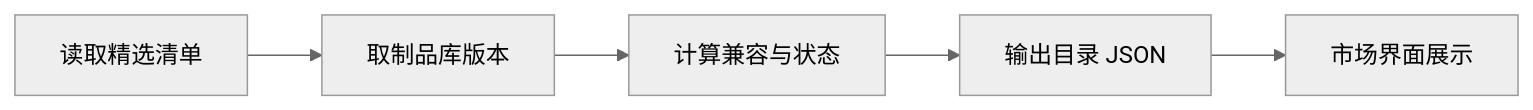
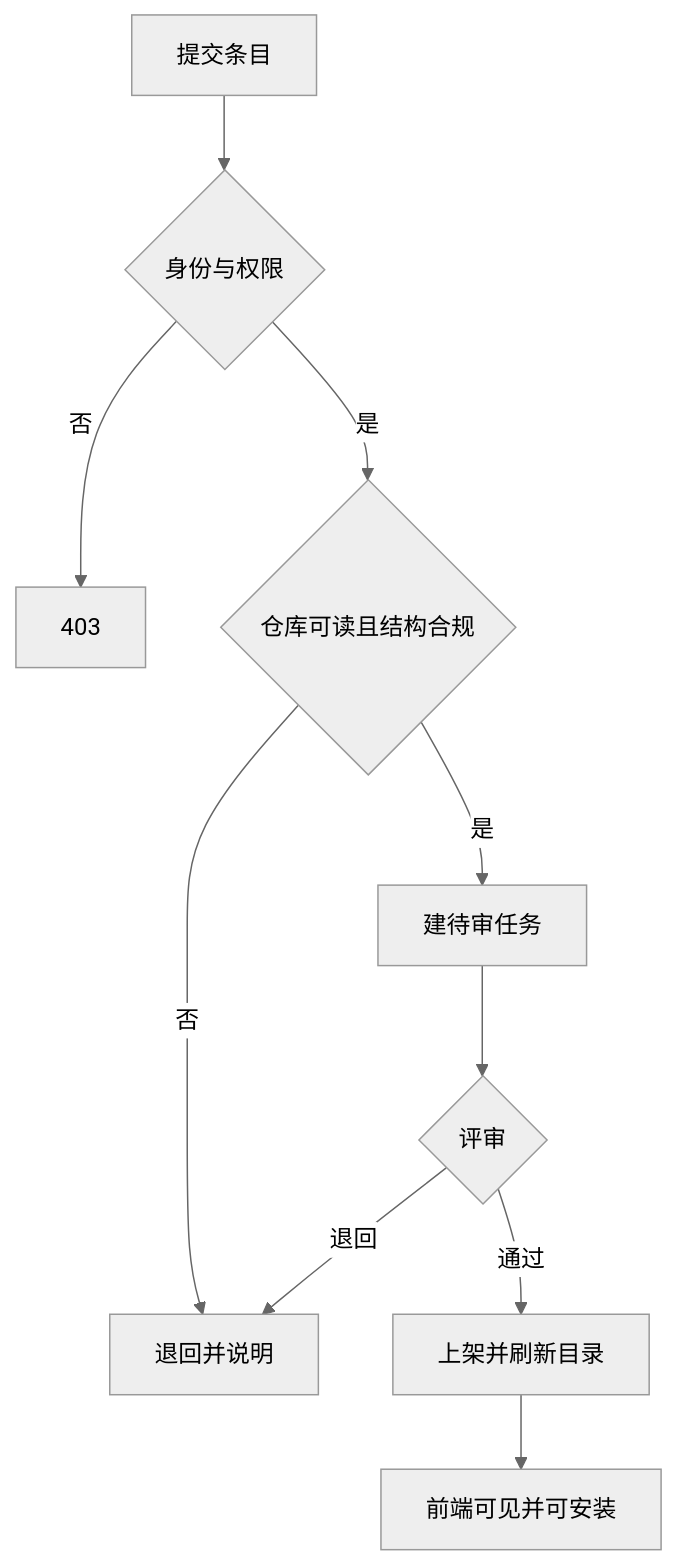
The diagram in docs/design/services/market-index.md (hrygo/heluo-forge), drawn with Mermaid (neutral theme) before and after one commit. The commit also changed other lines of this file and 3 other files, not shown here.

````diff
--- a/docs/design/services/market-index.md
+++ b/docs/design/services/market-index.md
@@ -103,7 +112,12 @@
 ```mermaid
-flowchart LR
-  A[读取精选清单] --> B[取制品库版本]
-  B --> C[计算兼容与状态]
-  C --> D[输出目录 JSON]
-  D --> E[市场界面展示]
+flowchart TD
+  A[提交条目] --> B{身份与权限}
+  B -->|否| C[403]
+  B -->|是| D{仓库可读且结构合规}
+  D -->|否| E[退回并说明]
+  D -->|是| F[建待审任务]
+  F --> G{评审}
+  G -->|通过| H[上架并刷新目录]
+  G -->|退回| E
+  H --> I[前端可见并可安装]
 ```
````
